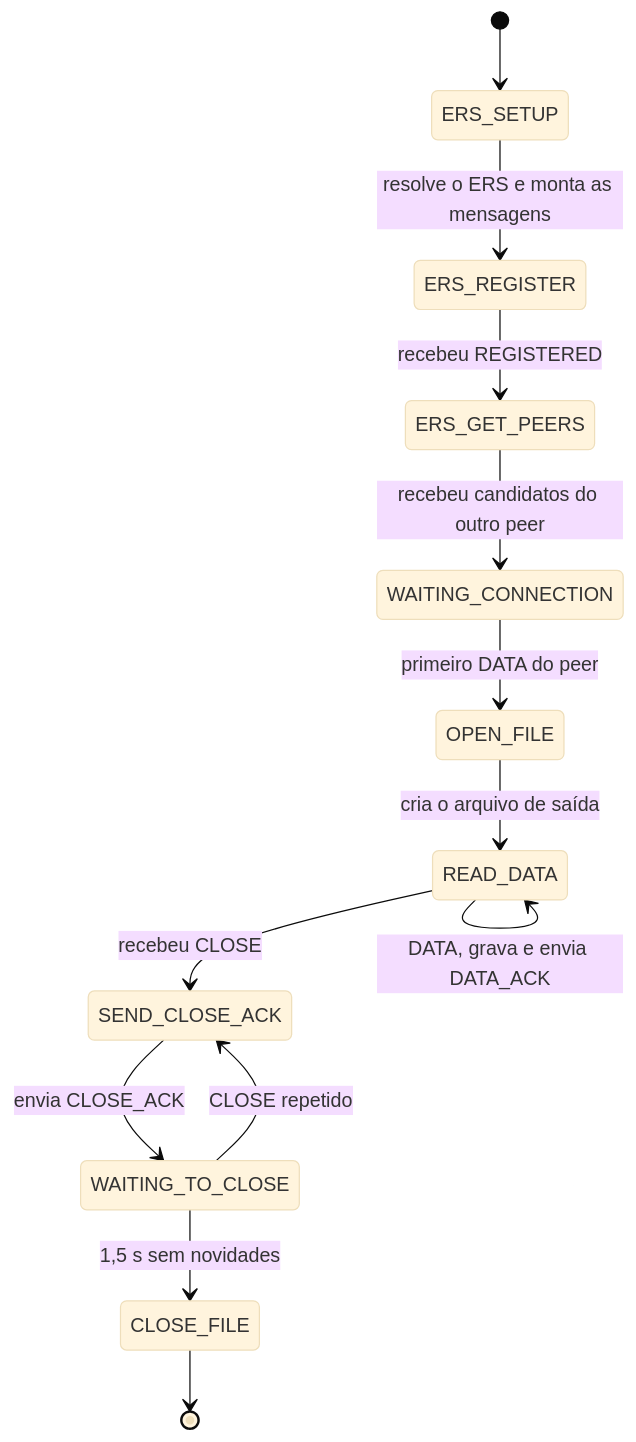
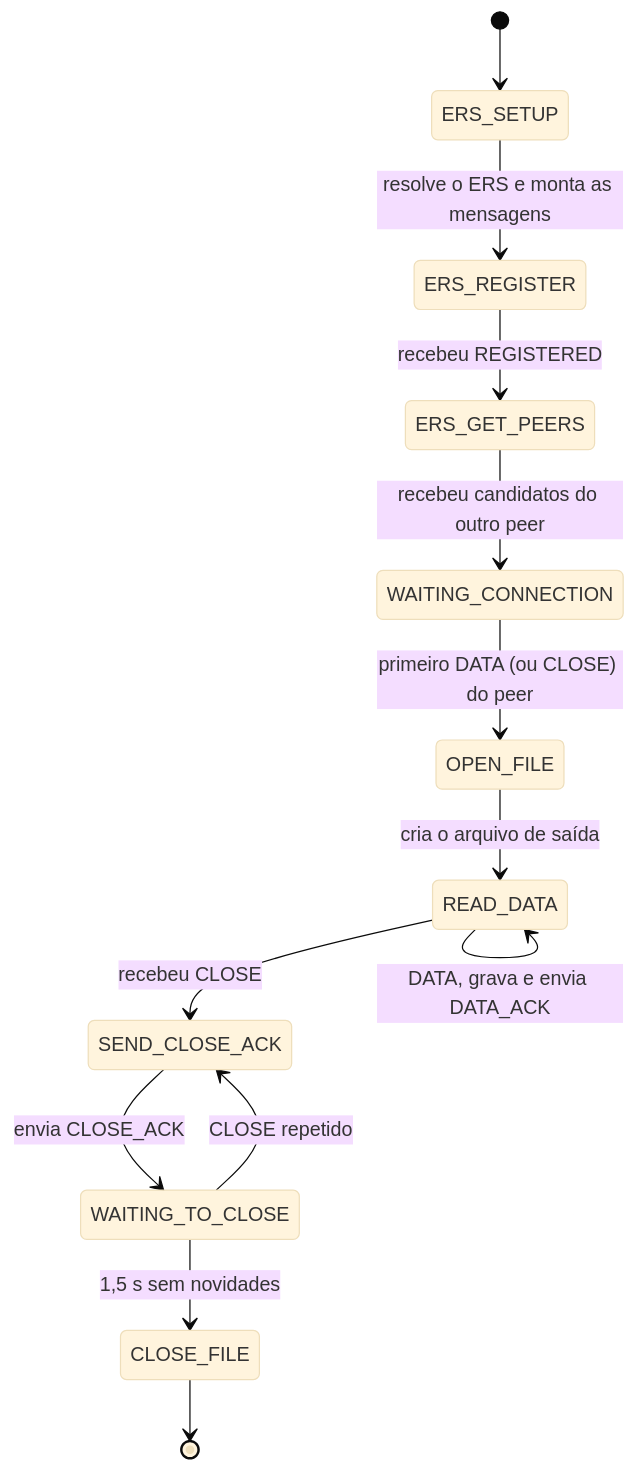
The seventh of 8 diagrams in DOCUMENTACAO.md (GRFreire/file2peer), drawn with Mermaid (base theme) before and after one commit. The commit also changed other lines of this file, not shown here.

````diff
--- a/DOCUMENTACAO.md
+++ b/DOCUMENTACAO.md
@@ -238,15 +253,15 @@
 ```mermaid
 stateDiagram-v2
     [*] --> ERS_SETUP
     ERS_SETUP --> ERS_REGISTER: resolve o ERS e monta as mensagens
     ERS_REGISTER --> ERS_GET_PEERS: recebeu REGISTERED
     ERS_GET_PEERS --> WAITING_CONNECTION: recebeu candidatos do outro peer
-    WAITING_CONNECTION --> OPEN_FILE: primeiro DATA do peer
+    WAITING_CONNECTION --> OPEN_FILE: primeiro DATA (ou CLOSE) do peer
     OPEN_FILE --> READ_DATA: cria o arquivo de saída
     READ_DATA --> READ_DATA: DATA, grava e envia DATA_ACK
     READ_DATA --> SEND_CLOSE_ACK: recebeu CLOSE
     SEND_CLOSE_ACK --> WAITING_TO_CLOSE: envia CLOSE_ACK
     WAITING_TO_CLOSE --> SEND_CLOSE_ACK: CLOSE repetido
     WAITING_TO_CLOSE --> CLOSE_FILE: 1,5 s sem novidades
     CLOSE_FILE --> [*]
 ```
````
